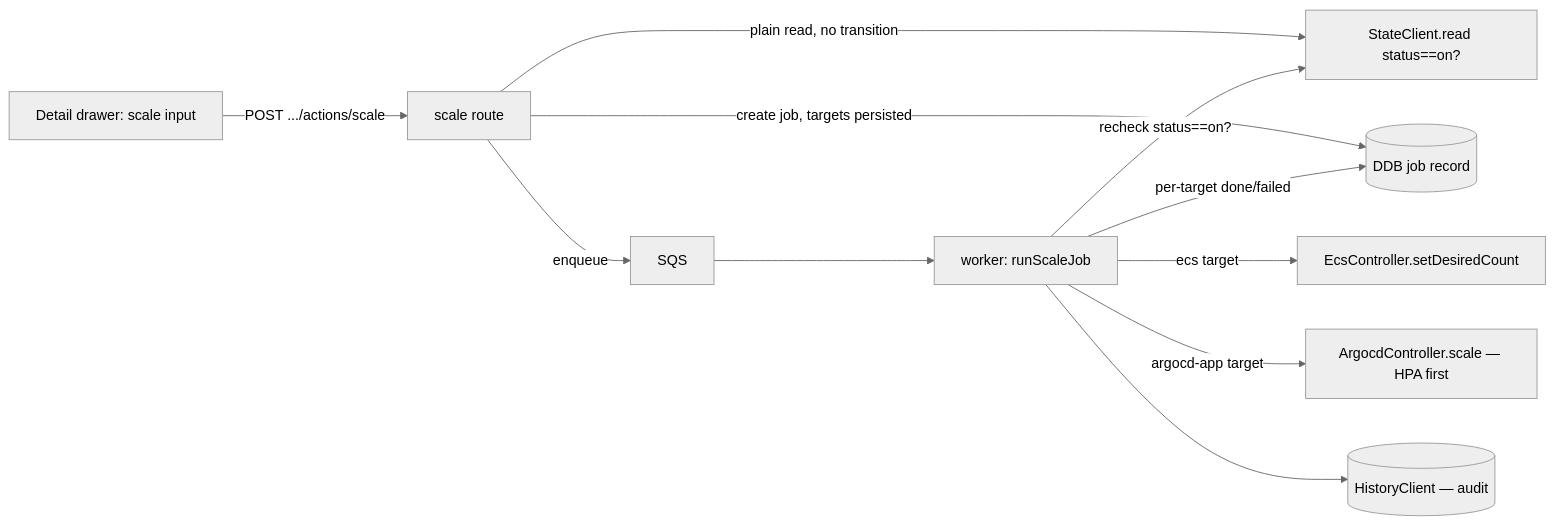
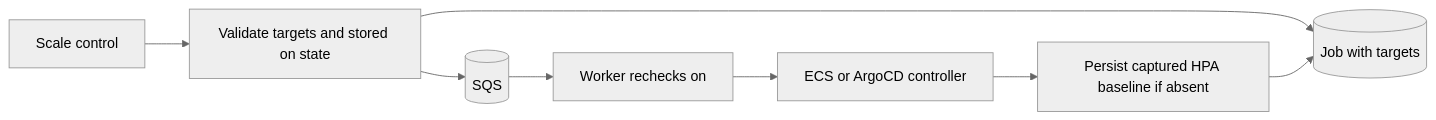
Before and after one commit to Atom-oh/AWS-Demo-Platform: the diagram in docs/decisions/ADR-017-demo-scale-job-operation.md, drawn with Mermaid (neutral theme). The commit also changed other lines of this file and 10 other files, not shown here.

````diff
--- a/docs/decisions/ADR-017-demo-scale-job-operation.md
+++ b/docs/decisions/ADR-017-demo-scale-job-operation.md
@@ -16,13 +32,10 @@
 ```mermaid
 flowchart LR
-  UI[Detail drawer: scale input] -->|POST .../actions/scale| R[scale route]
-  R -->|plain read, no transition| SC[StateClient.read status==on?]
-  R -->|create job, targets persisted| J[(DDB job record)]
-  R -->|enqueue| Q[SQS]
-  Q --> W[worker: runScaleJob]
-  W -->|recheck status==on?| SC
-  W -->|ecs target| ECS[EcsController.setDesiredCount]
-  W -->|argocd-app target| ARGO[ArgocdController.scale — HPA first]
-  W -->|per-target done/failed| J
-  W --> H[(HistoryClient — audit)]
+  UI[Scale control] --> API[Validate targets and stored on state]
+  API --> J[(Job with targets)]
+  API --> Q[(SQS)]
+  Q --> W[Worker rechecks on]
+  W --> C[ECS or ArgoCD controller]
+  C --> B[Persist captured HPA baseline if absent]
+  B --> J
 ```
````
